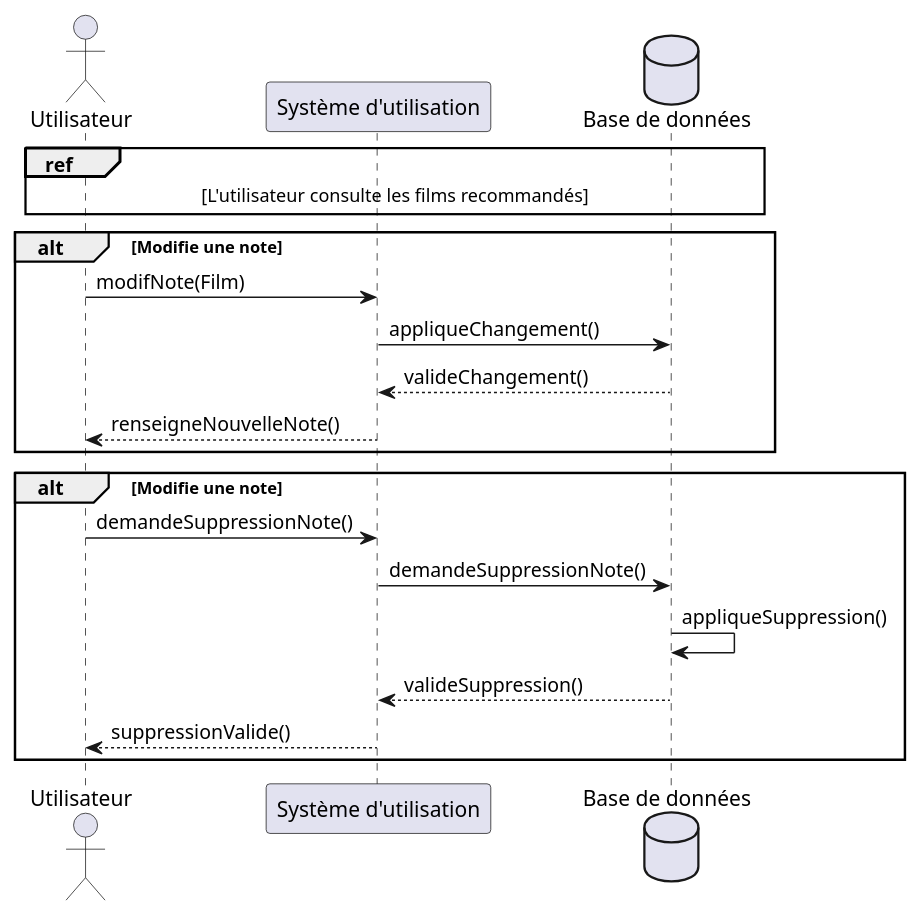
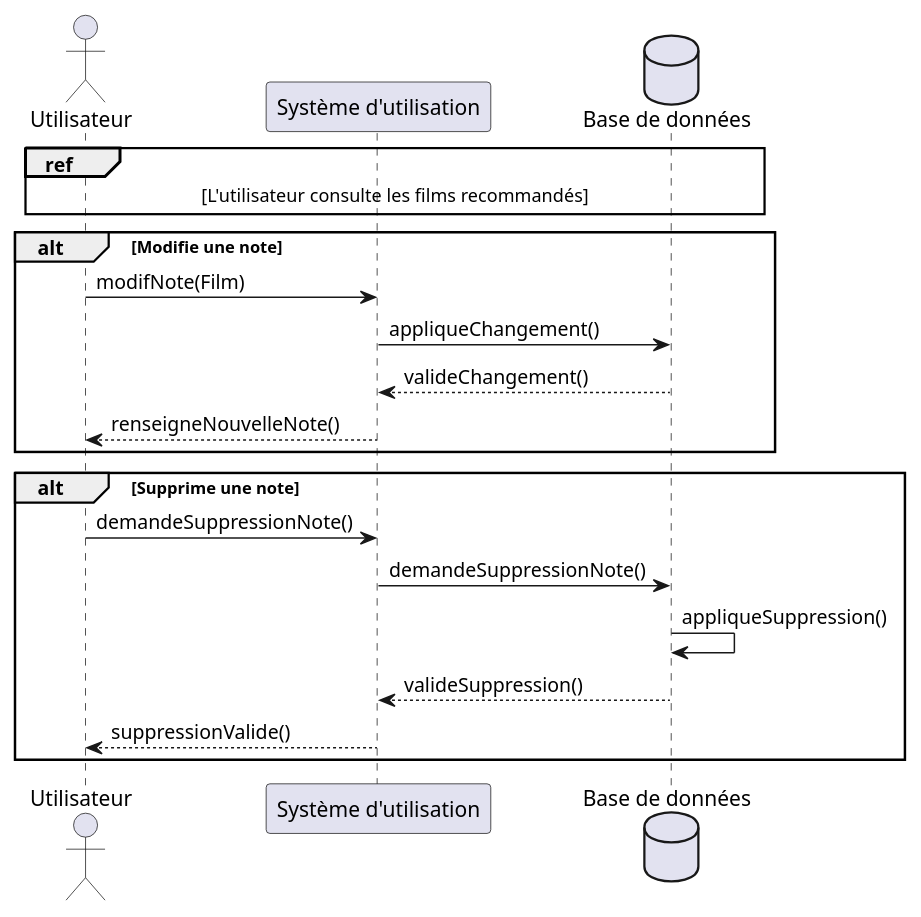
One commit to LeVraisPeg/backlog-repo changed the third of 3 diagrams in UML/diag_sequence/user/seq_user.puml. Above: the diagram before and after it, drawn with PlantUML. The commit also changed other lines of this file and 16 other files, not shown here.

Commit message:
Fin du rapport UML

```diff
--- a/UML/diag_sequence/user/seq_user.puml
+++ b/UML/diag_sequence/user/seq_user.puml
@@ -46,22 +48,22 @@
 @startuml
 actor Utilisateur
 participant "Système d'utilisation" as App
 database "Base de données" as DB
 
 ref over Utilisateur, App, DB : [L'utilisateur consulte les films recommandés]
 alt Modifie une note
 Utilisateur -> App : modifNote(Film)
 App -> DB : appliqueChangement()
 DB --> App : valideChangement()
 App --> Utilisateur : renseigneNouvelleNote()
 end alt
 
-alt Modifie une note
+alt Supprime une note
 Utilisateur -> App : demandeSuppressionNote()
 App -> DB : demandeSuppressionNote()
 DB -> DB : appliqueSuppression()
 DB --> App : valideSuppression()
 App --> Utilisateur : suppressionValide()
 end alt
 
 @enduml
```
